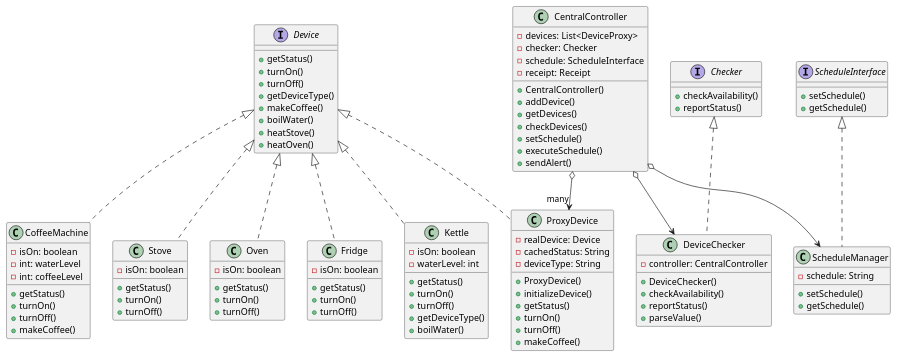
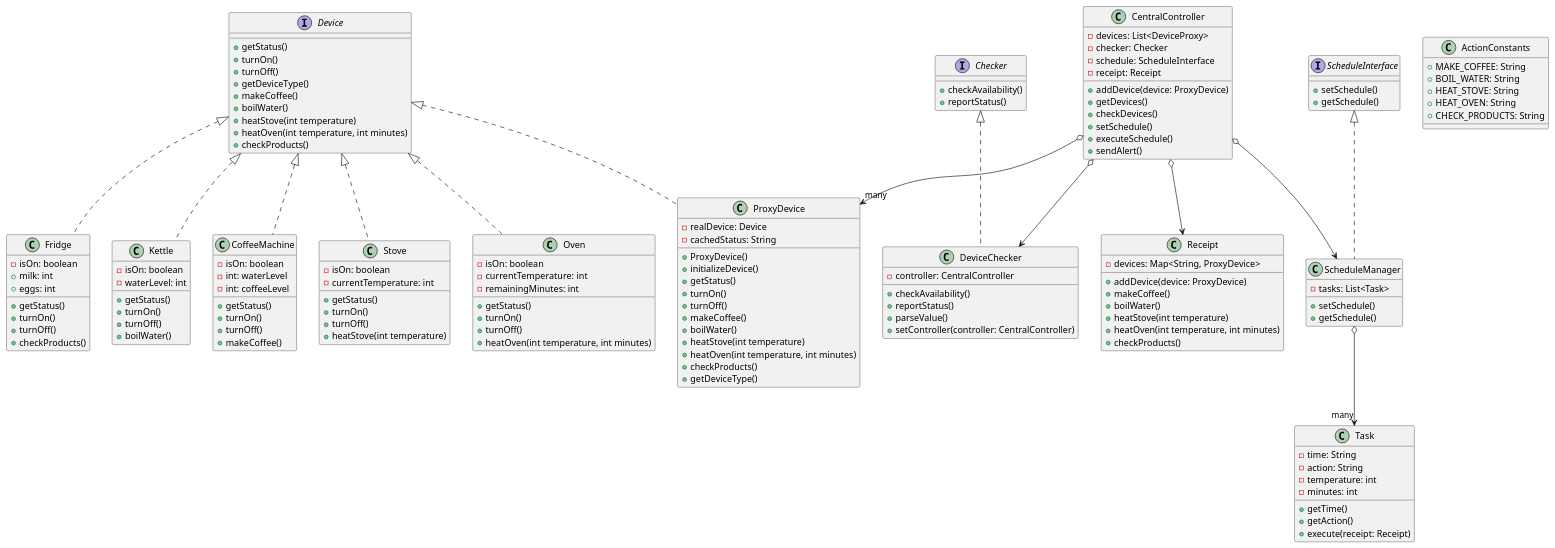
The diagram in diagram.puml (vladimir-barysh/smart_kitchen), drawn with PlantUML before and after one commit.

Commit message:
Обновлен код для puml

```diff
--- a/diagram.puml
+++ b/diagram.puml
@@ -1,115 +1,156 @@
 @startuml
 interface Device {
     +getStatus()
     +turnOn()
     +turnOff()
     +getDeviceType()
     +makeCoffee()
     +boilWater()
-    +heatStove()
-    +heatOven()
+    +heatStove(int temperature)
+    +heatOven(int temperature, int minutes)
+    +checkProducts()
 }
 
 class Stove {
     -isOn: boolean
+    -currentTemperature: int
     +getStatus()
     +turnOn()
     +turnOff()
+    +heatStove(int temperature)
 }
 
 class Oven {
     -isOn: boolean
+    -currentTemperature: int
+    -remainingMinutes: int
     +getStatus()
     +turnOn()
     +turnOff()
+    +heatOven(int temperature, int minutes)
 }
 
 class Fridge {
     -isOn: boolean
+    +milk: int
+    +eggs: int
     +getStatus()
     +turnOn()
     +turnOff()
+    +checkProducts()
 }
 
 class Kettle {
     -isOn: boolean
     -waterLevel: int
     +getStatus()
     +turnOn()
     +turnOff()
-    +getDeviceType()
     +boilWater()
 }
 
 class CoffeeMachine {
     -isOn: boolean
     -int: waterLevel
     -int: coffeeLevel
     +getStatus()
     +turnOn()
     +turnOff()
     +makeCoffee()
 }
 
 class ProxyDevice {
     -realDevice: Device
     -cachedStatus: String
-    -deviceType: String
     +ProxyDevice()
     +initializeDevice()
     +getStatus()
     +turnOn()
     +turnOff()
     +makeCoffee()
+    +boilWater()
+    +heatStove(int temperature)
+    +heatOven(int temperature, int minutes)
+    +checkProducts()
+    +getDeviceType()
 }
 
 interface Checker {
     +checkAvailability()
     +reportStatus()
 }
 
 class DeviceChecker {
     -controller: CentralController
-    +DeviceChecker()
     +checkAvailability()
     +reportStatus()
     +parseValue()
+    +setController(controller: CentralController)
 }
 
 interface ScheduleInterface {
     +setSchedule()
     +getSchedule()
 }
 
 class ScheduleManager {
-    -schedule: String
+    -tasks: List<Task>
     +setSchedule()
     +getSchedule()
 }
 
 class CentralController {
     -devices: List<DeviceProxy>
     -checker: Checker
     -schedule: ScheduleInterface
     -receipt: Receipt
-    +CentralController()
-    +addDevice()
+    +addDevice(device: ProxyDevice)
     +getDevices()
     +checkDevices()
     +setSchedule()
     +executeSchedule()
     +sendAlert()
 }
 
+class Task {
+    -time: String
+    -action: String
+    -temperature: int
+    -minutes: int
+    +getTime()
+    +getAction()
+    +execute(receipt: Receipt)
+}
+
+class Receipt {
+    -devices: Map<String, ProxyDevice>
+    +addDevice(device: ProxyDevice)
+    +makeCoffee()
+    +boilWater()
+    +heatStove(int temperature)
+    +heatOven(int temperature, int minutes)
+    +checkProducts()
+}
+
+class ActionConstants{
+    +MAKE_COFFEE: String
+    +BOIL_WATER: String
+    +HEAT_STOVE: String
+    +HEAT_OVEN: String
+    +CHECK_PRODUCTS: String
+}
 Device <|.. Stove
 Device <|.. Oven
 Device <|.. Fridge
 Device <|.. Kettle
 Device <|.. CoffeeMachine
 Device <|.. ProxyDevice
 Checker <|.. DeviceChecker
 ScheduleInterface <|.. ScheduleManager
 CentralController o--> "many" ProxyDevice
 CentralController o--> DeviceChecker
 CentralController o--> ScheduleManager
+CentralController o--> Receipt
+ScheduleManager o--> "many" Task
+
 @enduml
```
